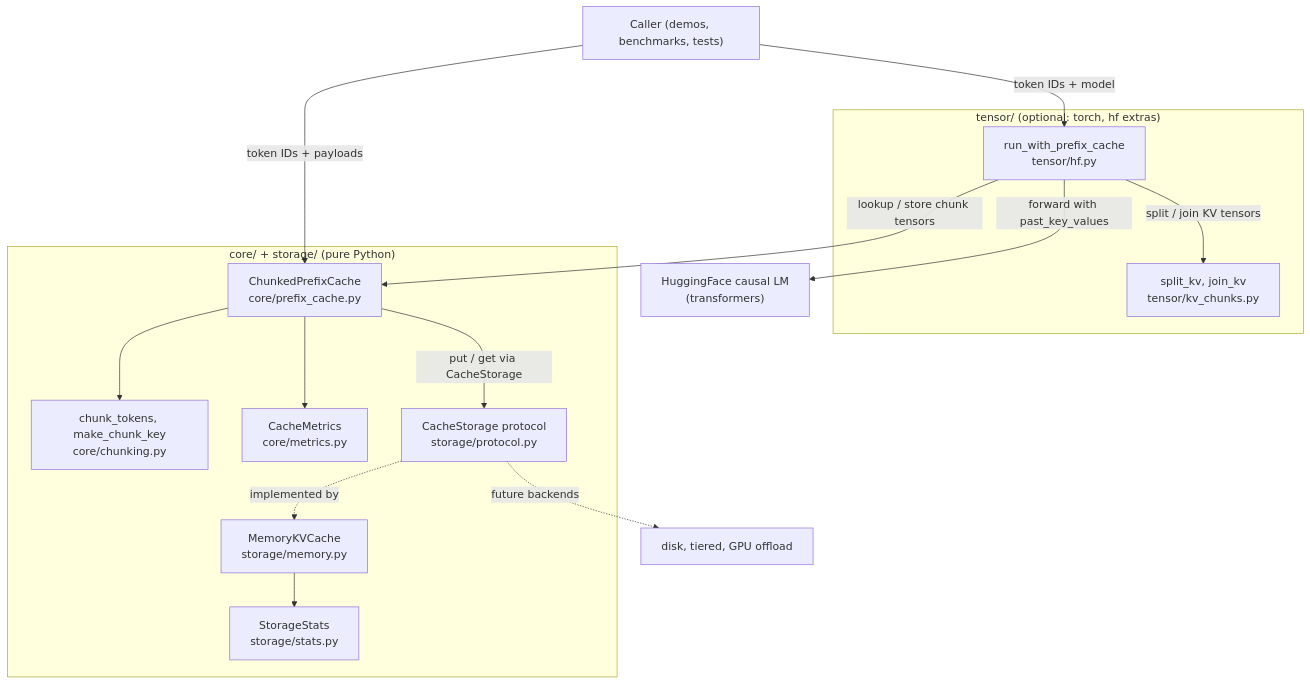
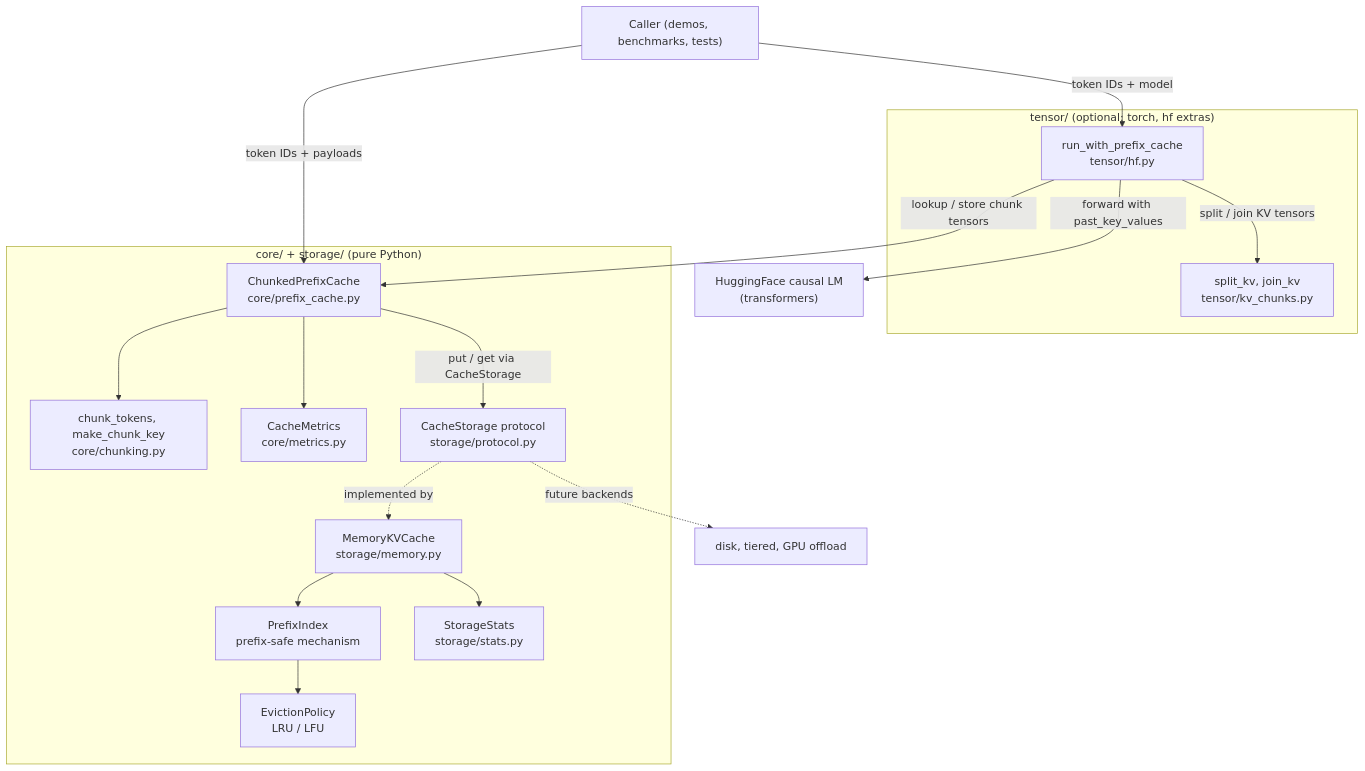
The first of 5 diagrams in docs/architecture.md (Dami-wq-k03/nano-lmcache), drawn with Mermaid before and after one commit. The commit also changed other lines of this file and 14 other files, not shown here.

First line of the commit message:
feat: add pluggable LRU and LFU eviction policies (#85)

````diff
--- a/docs/architecture.md
+++ b/docs/architecture.md
@@ -25,31 +25,35 @@
 ```mermaid
 graph TD
     Caller["Caller (demos, benchmarks, tests)"]
     Model["HuggingFace causal LM<br/>(transformers)"]
 
     subgraph tensor["tensor/ (optional: torch, hf extras)"]
         HF["run_with_prefix_cache<br/>tensor/hf.py"]
         KV["split_kv, join_kv<br/>tensor/kv_chunks.py"]
     end
 
     subgraph pure["core/ + storage/ (pure Python)"]
         PC["ChunkedPrefixCache<br/>core/prefix_cache.py"]
         CH["chunk_tokens, make_chunk_key<br/>core/chunking.py"]
         MET["CacheMetrics<br/>core/metrics.py"]
         ST["CacheStorage protocol<br/>storage/protocol.py"]
+        IDX["PrefixIndex<br/>prefix-safe mechanism"]
+        POL["EvictionPolicy<br/>LRU / LFU"]
         MEM["MemoryKVCache<br/>storage/memory.py"]
         SS["StorageStats<br/>storage/stats.py"]
     end
 
     Caller -->|"token IDs + payloads"| PC
     Caller -->|"token IDs + model"| HF
     HF -->|"lookup / store chunk tensors"| PC
     HF -->|"split / join KV tensors"| KV
     HF -->|"forward with past_key_values"| Model
     PC --> CH
     PC --> MET
     PC -->|"put / get via CacheStorage"| ST
     ST -.->|implemented by| MEM
+    MEM --> IDX
+    IDX --> POL
     MEM --> SS
     ST -.->|"future backends"| FUT["disk, tiered, GPU offload"]
 ```
````
